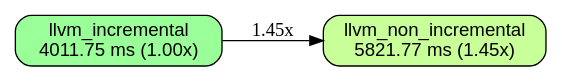
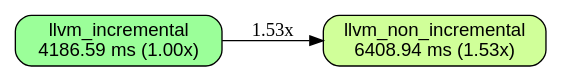
One commit to orgrinrt/hilavitkutin changed the diagram in docs/BENCHES.build-static.leaf_n97.linux-x86_64-c4-container-intel.dot. Above: the diagram before and after it, drawn with Graphviz. The commit also changed 9 other files, not shown here.

```diff
--- a/docs/BENCHES.build-static.leaf_n97.linux-x86_64-c4-container-intel.dot
+++ b/docs/BENCHES.build-static.leaf_n97.linux-x86_64-c4-container-intel.dot
@@ -1,14 +1,14 @@
 // AUTO-GENERATED: DO NOT EDIT DIRECTLY
 //
 // Generated by: mockspace (mock)
-// Generated at: 2026-11-19T23:03:37Z
+// Generated at: 2026-11-20T09:14:29Z
 // Source: mock/
 // To regenerate: cargo mock
 
 digraph "build-static/leaf_n97 on linux-x86_64-c4-container-intel" {
   rankdir=LR;
   node [shape=box, style="rounded,filled", fontname="Helvetica"];
-  v0 [label="llvm_incremental\n4011.75 ms (1.00x)", fillcolor="0.330 0.4 1.0"];
-  v1 [label="llvm_non_incremental\n5821.77 ms (1.45x)", fillcolor="0.256 0.4 1.0"];
-  v0 -> v1 [label="1.45x"];
+  v0 [label="llvm_incremental\n4186.59 ms (1.00x)", fillcolor="0.330 0.4 1.0"];
+  v1 [label="llvm_non_incremental\n6408.94 ms (1.53x)", fillcolor="0.242 0.4 1.0"];
+  v0 -> v1 [label="1.53x"];
 }
```
